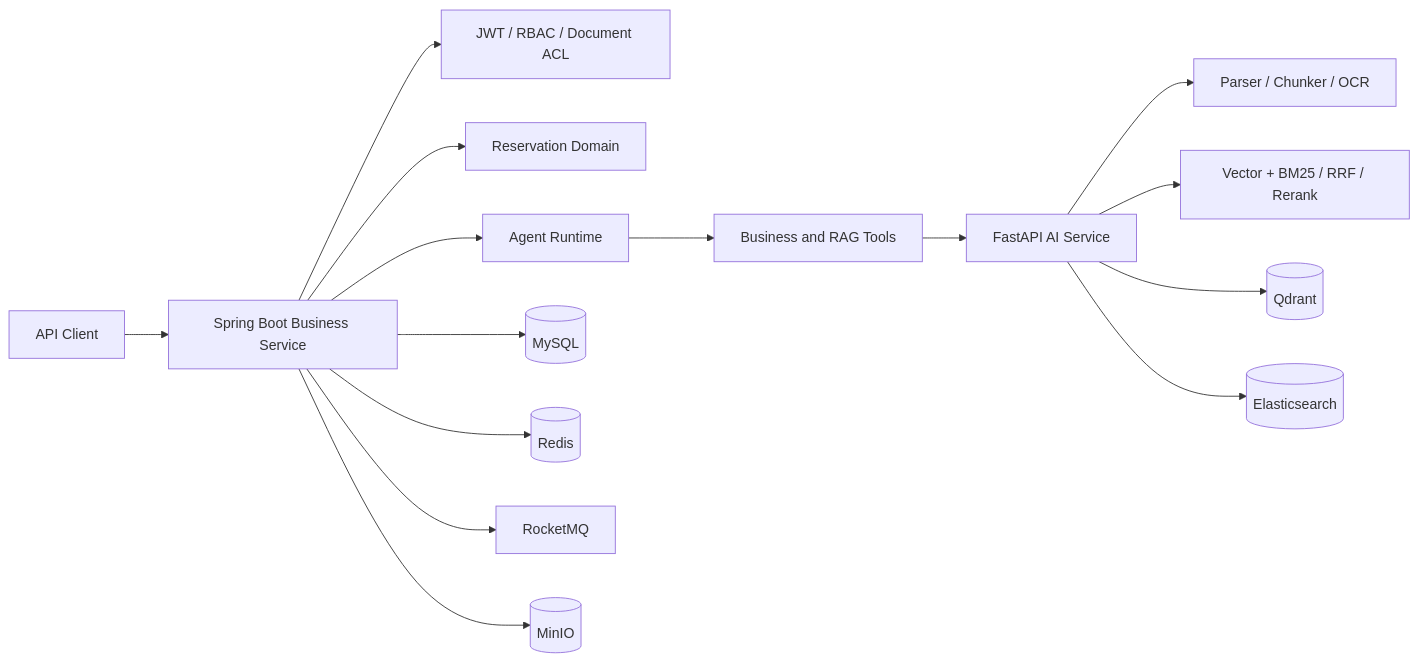
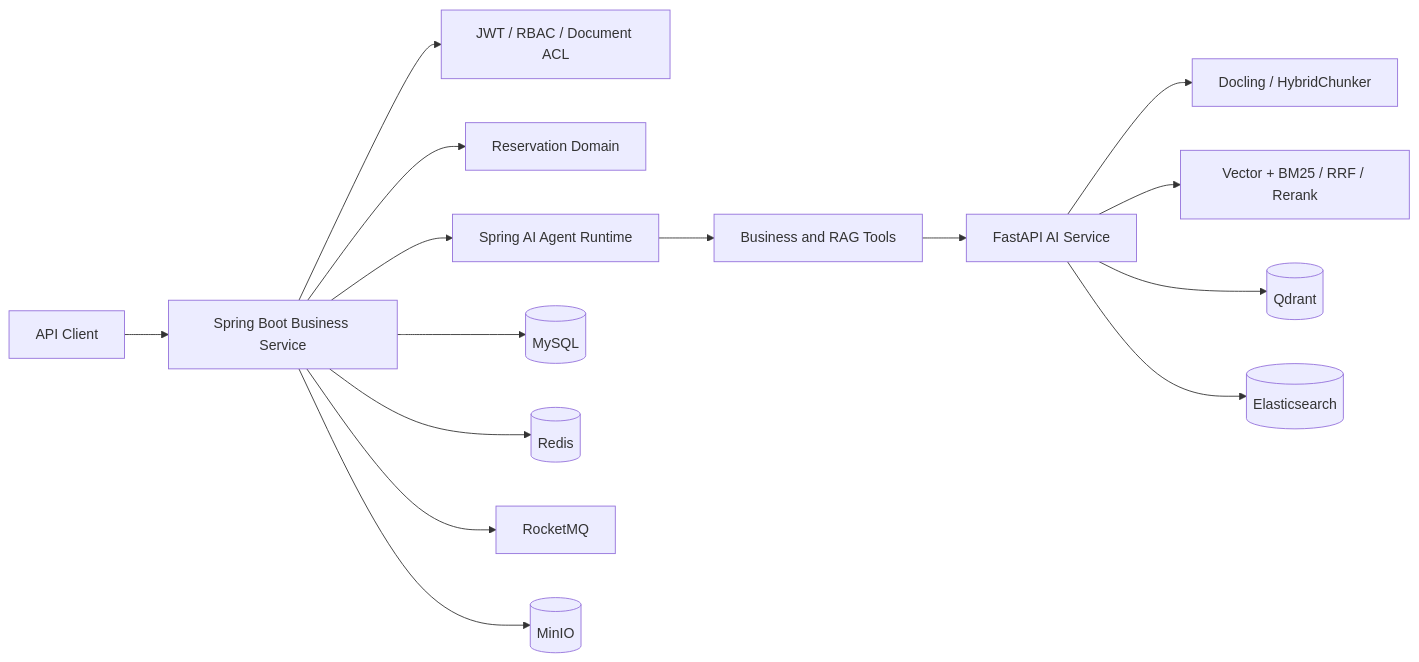
One commit to Fragmentaim/lab-resource-reservation-platform changed the diagram in README.md. Above: the diagram before and after it, drawn with Mermaid. The commit also changed other lines of this file and 88 other files, not shown here.

````diff
--- a/README.md
+++ b/README.md
@@ -7,17 +7,17 @@
 ```mermaid
 flowchart LR
     Client[API Client] --> Java[Spring Boot Business Service]
     Java --> Auth[JWT / RBAC / Document ACL]
     Java --> Booking[Reservation Domain]
-    Java --> Agent[Agent Runtime]
+    Java --> Agent[Spring AI Agent Runtime]
     Agent --> Tools[Business and RAG Tools]
     Tools --> AI[FastAPI AI Service]
-    AI --> Parser[Parser / Chunker / OCR]
+    AI --> Parser[Docling / HybridChunker]
     AI --> Retrieval[Vector + BM25 / RRF / Rerank]
     Java --> MySQL[(MySQL)]
     Java --> Redis[(Redis)]
     Java --> MQ[RocketMQ]
     Java --> MinIO[(MinIO)]
     AI --> Qdrant[(Qdrant)]
     AI --> ES[(Elasticsearch)]
 ```
````
